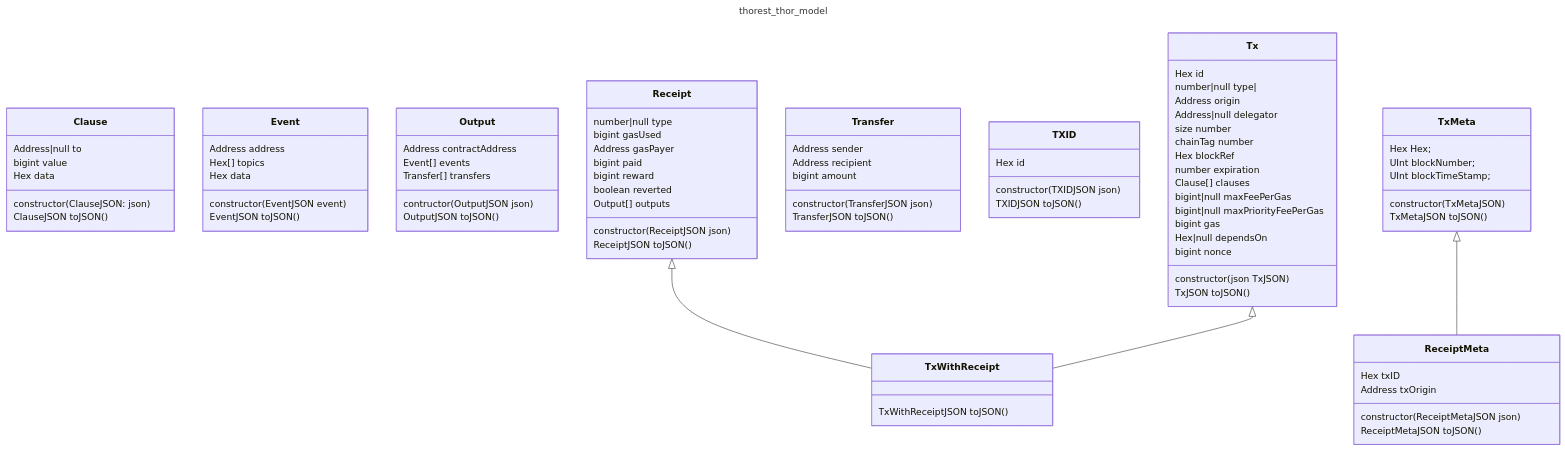
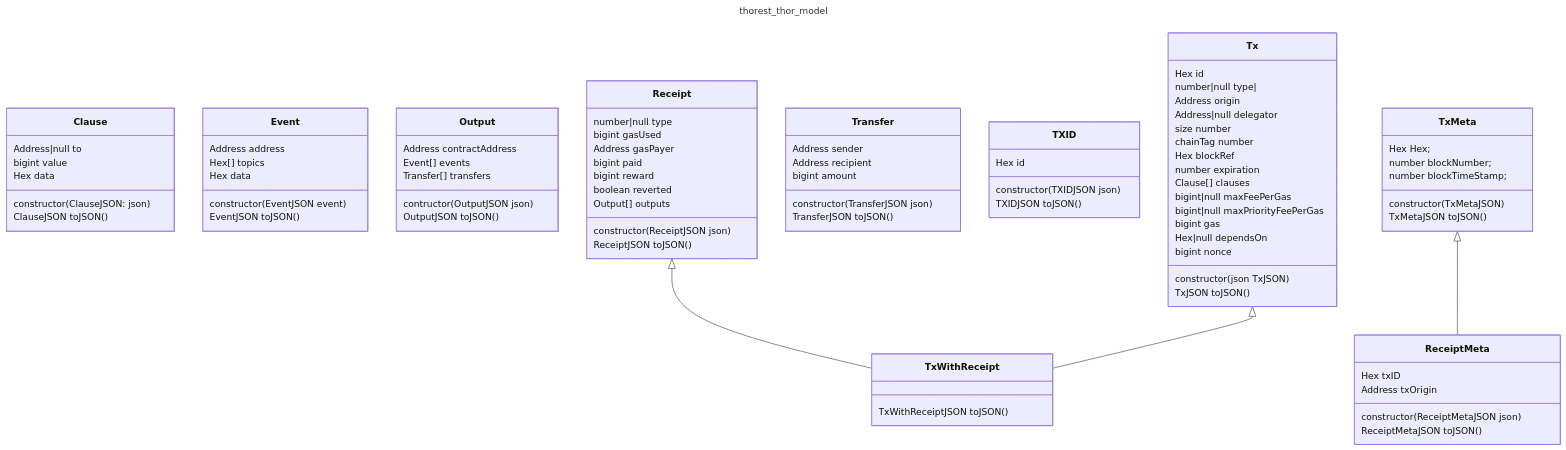
The diagram in docs/thorest/thor/model/model.mmd (vechain/vechain-sdk-js), drawn with Mermaid before and after one commit. The commit also changed 6 other files, not shown here.

Commit message:
feat: 2051 number exposed instead of UInt

```diff
--- a/docs/thorest/thor/model/model.mmd
+++ b/docs/thorest/thor/model/model.mmd
@@ -1,85 +1,85 @@
 ---
 title: thorest_thor_model
 ---
 classDiagram
     class Clause {
         Address|null to
         bigint value
         Hex data
         constructor(ClauseJSON: json)
         ClauseJSON toJSON()
     }
     class Event {
         Address address
         Hex[] topics
         Hex data
         constructor(EventJSON event)
         EventJSON toJSON()
     }
     class Output {
         Address contractAddress
         Event[] events
         Transfer[] transfers
         contructor(OutputJSON json)
         OutputJSON toJSON()
     }
     class Receipt {
         number|null type
         bigint gasUsed
         Address gasPayer
         bigint paid
         bigint reward
         boolean reverted
         Output[] outputs
         constructor(ReceiptJSON json)
         ReceiptJSON toJSON()
     }
     class ReceiptMeta {
         Hex txID
         Address txOrigin
         constructor(ReceiptMetaJSON json)
         ReceiptMetaJSON toJSON()
     }
     class Transfer {
         Address sender
         Address recipient
         bigint amount
         constructor(TransferJSON json)
         TransferJSON toJSON()
     }
     class TXID {
         Hex id
         constructor(TXIDJSON json)
         TXIDJSON toJSON()
     }
     class Tx {
         Hex id
         number|null type|
         Address origin
         Address|null delegator
         size number
         chainTag number
         Hex blockRef
         number expiration
         Clause[] clauses
         bigint|null maxFeePerGas
         bigint|null maxPriorityFeePerGas
         bigint gas
         Hex|null dependsOn
         bigint nonce
         constructor(json TxJSON)
         TxJSON toJSON()
     }
     class TxMeta {
         Hex Hex;
-        UInt blockNumber;
-        UInt blockTimeStamp;
+        number blockNumber;
+        number blockTimeStamp;
         constructor(TxMetaJSON)
         TxMetaJSON toJSON()
     }
     class TxWithReceipt {
         TxWithReceiptJSON toJSON()
     }
     Receipt <|-- TxWithReceipt
     Tx <|-- TxWithReceipt
     TxMeta <|-- ReceiptMeta
```
